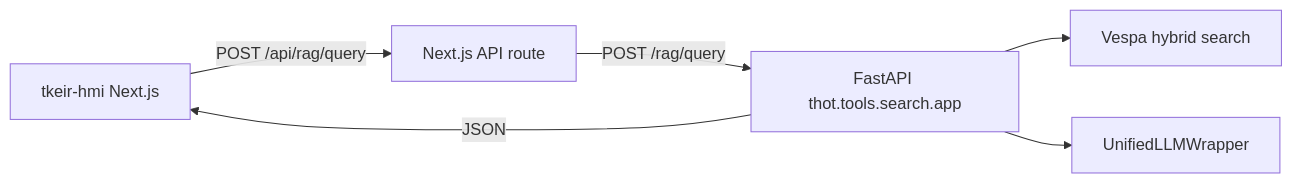
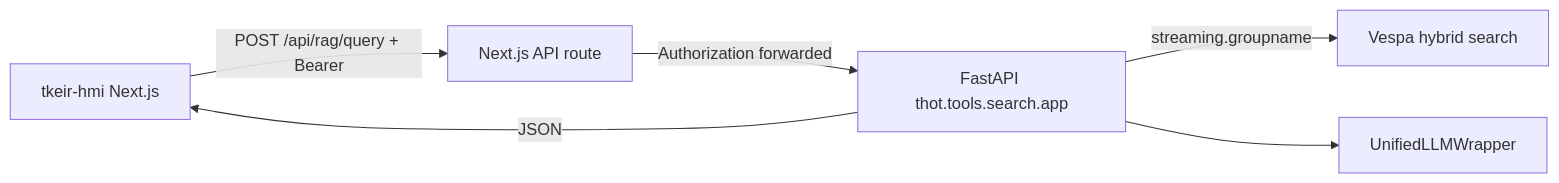
The diagram in tkeir/docs/hmi.md (ThalesGroup/t-keir), drawn with Mermaid before and after one commit. The commit also changed other lines of this file and 311 other files, not shown here.

````diff
--- a/tkeir/docs/hmi.md
+++ b/tkeir/docs/hmi.md
@@ -50,8 +54,8 @@
 ```mermaid
 flowchart LR
-  UI[tkeir-hmi Next.js] -->|POST /api/rag/query| Proxy[Next.js API route]
-  Proxy -->|POST /rag/query| API[FastAPI thot.tools.search.app]
-  API --> Vespa[Vespa hybrid search]
+  UI[tkeir-hmi Next.js] -->|POST /api/rag/query + Bearer| Proxy[Next.js API route]
+  Proxy -->|Authorization forwarded| API[FastAPI thot.tools.search.app]
+  API -->|streaming.groupname| Vespa[Vespa hybrid search]
   API --> LLM[UnifiedLLMWrapper]
   API -->|JSON| UI
 ```
````
